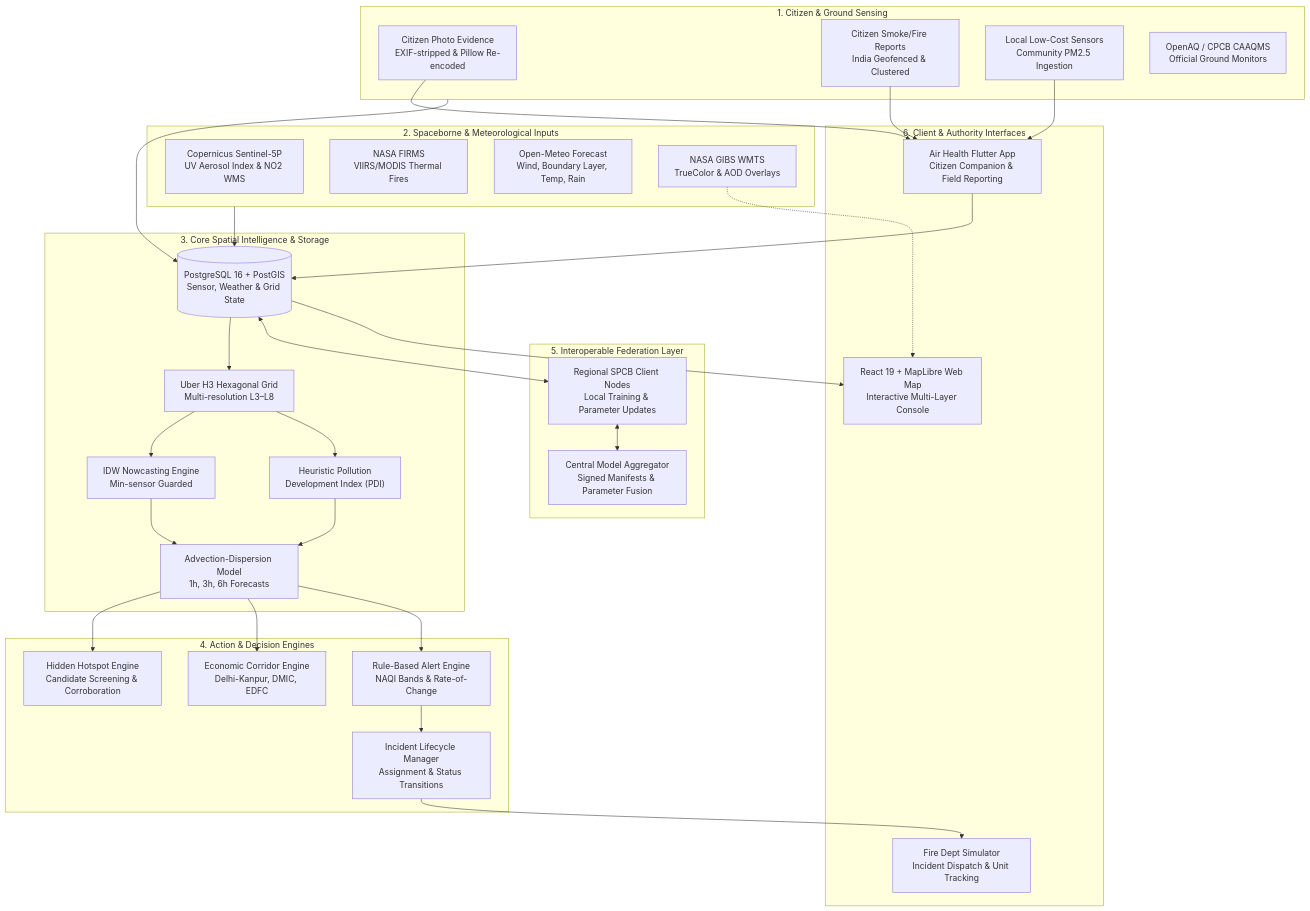
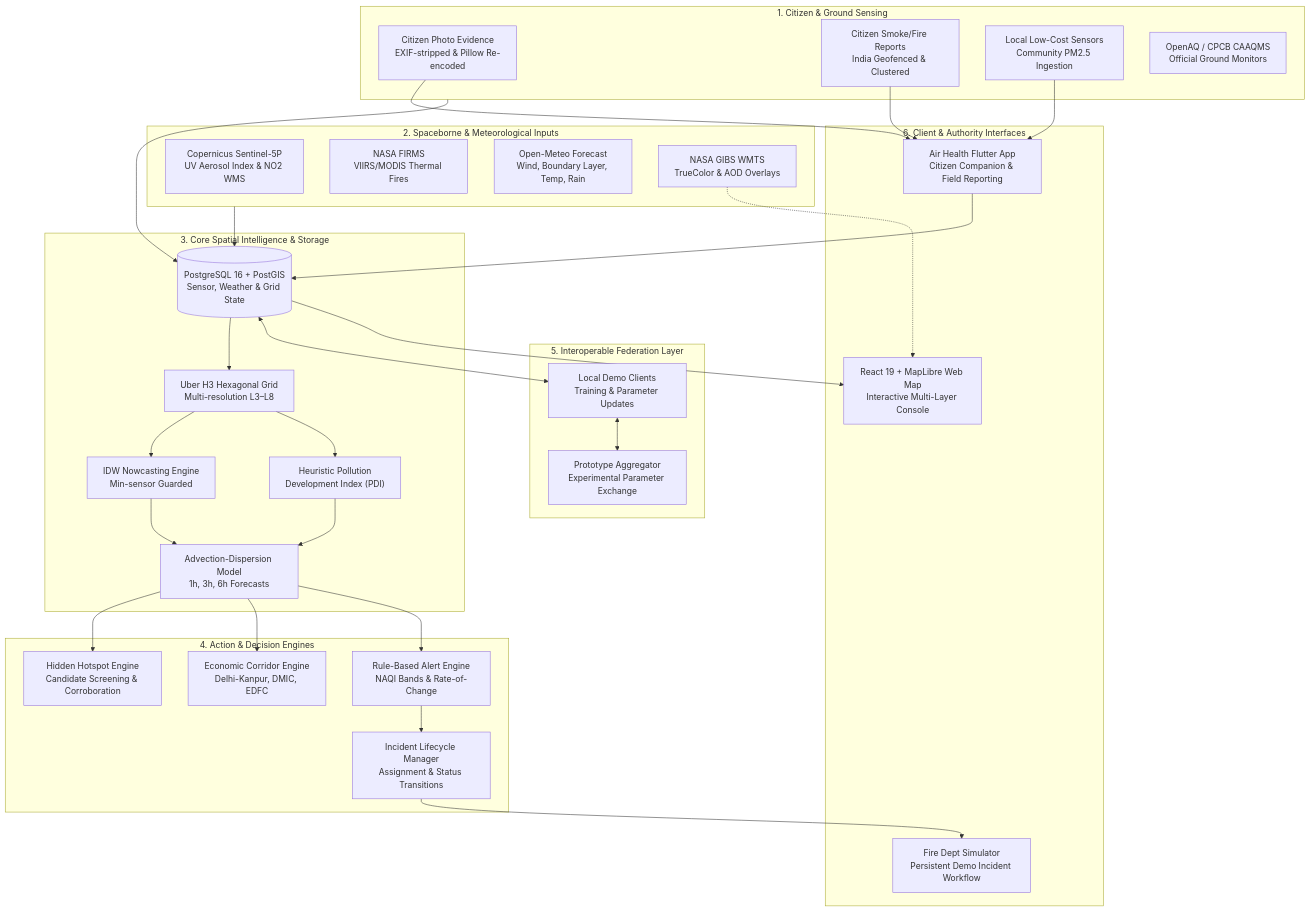
The diagram in README.md (Hima-11-works/gdg-c4c), drawn with Mermaid before and after one commit. The commit also changed other lines of this file and 6 other files, not shown here.

````diff
--- a/README.md
+++ b/README.md
@@ -77,65 +77,65 @@
 ```mermaid
 flowchart TB
     subgraph SENSORS["1. Citizen & Ground Sensing"]
         CP["Citizen Photo Evidence<br/>EXIF-stripped & Pillow Re-encoded"]
         CR["Citizen Smoke/Fire Reports<br/>India Geofenced & Clustered"]
         CS["Local Low-Cost Sensors<br/>Community PM2.5 Ingestion"]
         AQ["OpenAQ / CPCB CAAQMS<br/>Official Ground Monitors"]
     end
 
     subgraph SPACE["2. Spaceborne & Meteorological Inputs"]
         S5P["Copernicus Sentinel-5P<br/>UV Aerosol Index & NO2 WMS"]
         FIRMS["NASA FIRMS<br/>VIIRS/MODIS Thermal Fires"]
         METEO["Open-Meteo Forecast<br/>Wind, Boundary Layer, Temp, Rain"]
         GIBS["NASA GIBS WMTS<br/>TrueColor & AOD Overlays"]
     end
 
     subgraph CORE["3. Core Spatial Intelligence & Storage"]
         DB[("PostgreSQL 16 + PostGIS<br/>Sensor, Weather & Grid State")]
         H3["Uber H3 Hexagonal Grid<br/>Multi-resolution L3–L8"]
         IDW["IDW Nowcasting Engine<br/>Min-sensor Guarded"]
         PDI["Heuristic Pollution<br/>Development Index (PDI)"]
         DISP["Advection-Dispersion Model<br/>1h, 3h, 6h Forecasts"]
     end
 
     subgraph ENGINES["4. Action & Decision Engines"]
         HOT["Hidden Hotspot Engine<br/>Candidate Screening & Corroboration"]
         CORR["Economic Corridor Engine<br/>Delhi-Kanpur, DMIC, EDFC"]
         ALERTS["Rule-Based Alert Engine<br/>NAQI Bands & Rate-of-Change"]
         INC["Incident Lifecycle Manager<br/>Assignment & Status Transitions"]
     end
 
     subgraph FED["5. Interoperable Federation Layer"]
-        FED_CLI["Regional SPCB Client Nodes<br/>Local Training & Parameter Updates"]
-        FED_AGG["Central Model Aggregator<br/>Signed Manifests & Parameter Fusion"]
+        FED_CLI["Local Demo Clients<br/>Training & Parameter Updates"]
+        FED_AGG["Prototype Aggregator<br/>Experimental Parameter Exchange"]
     end
 
     subgraph APPS["6. Client & Authority Interfaces"]
         WEB["React 19 + MapLibre Web Map<br/>Interactive Multi-Layer Console"]
         CIT_APP["Air Health Flutter App<br/>Citizen Companion & Field Reporting"]
-        AUTH_APP["Fire Dept Simulator<br/>Incident Dispatch & Unit Tracking"]
+        AUTH_APP["Fire Dept Simulator<br/>Persistent Demo Incident Workflow"]
     end
 
     SENSORS --> DB
     SPACE --> DB
     DB --> H3
     H3 --> IDW
     H3 --> PDI
     IDW --> DISP
     PDI --> DISP
     DISP --> HOT
     DISP --> CORR
     DISP --> ALERTS
     ALERTS --> INC
     
     DB <--> FED_CLI
     FED_CLI <--> FED_AGG
     
     DB --> WEB
     INC --> AUTH_APP
     CR --> CIT_APP
     CP --> CIT_APP
     CS --> CIT_APP
     CIT_APP --> DB
     GIBS -.-> WEB
 ```
````
